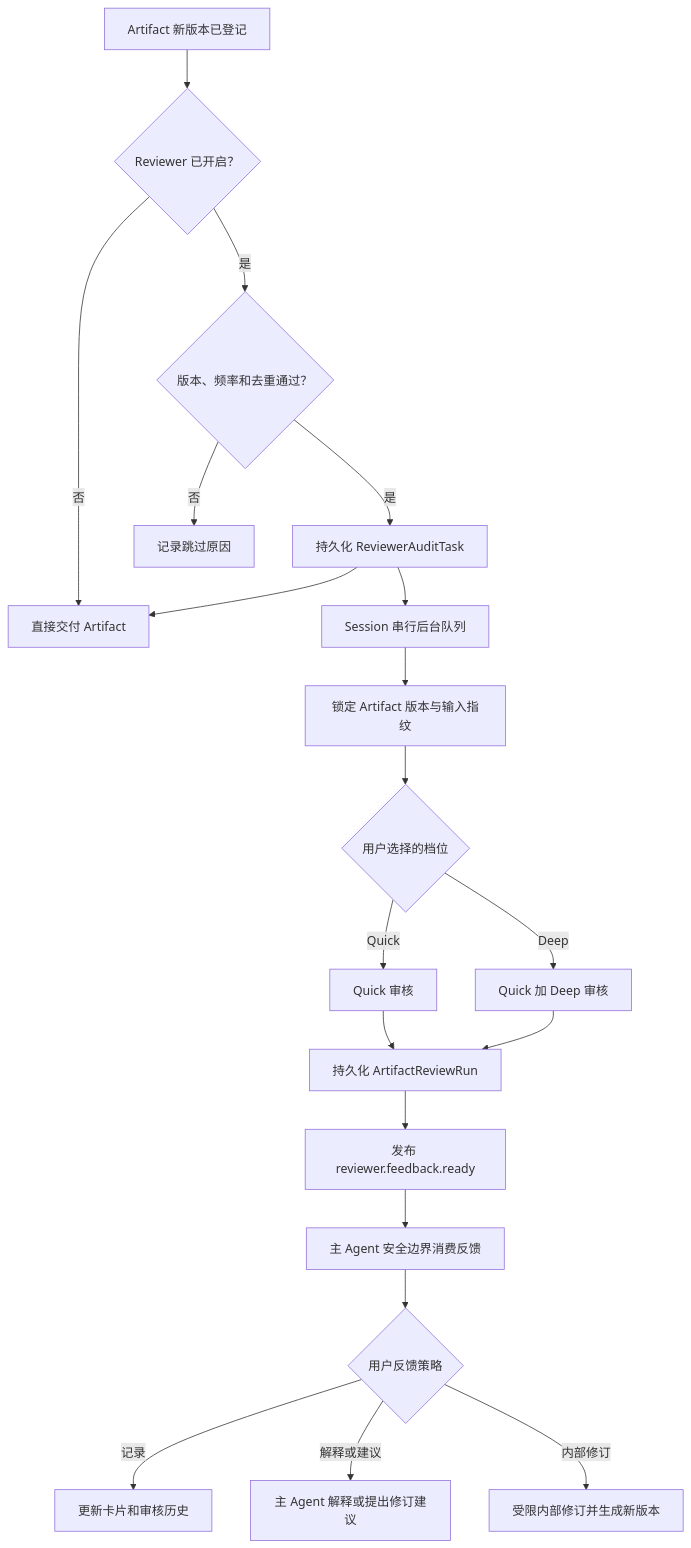
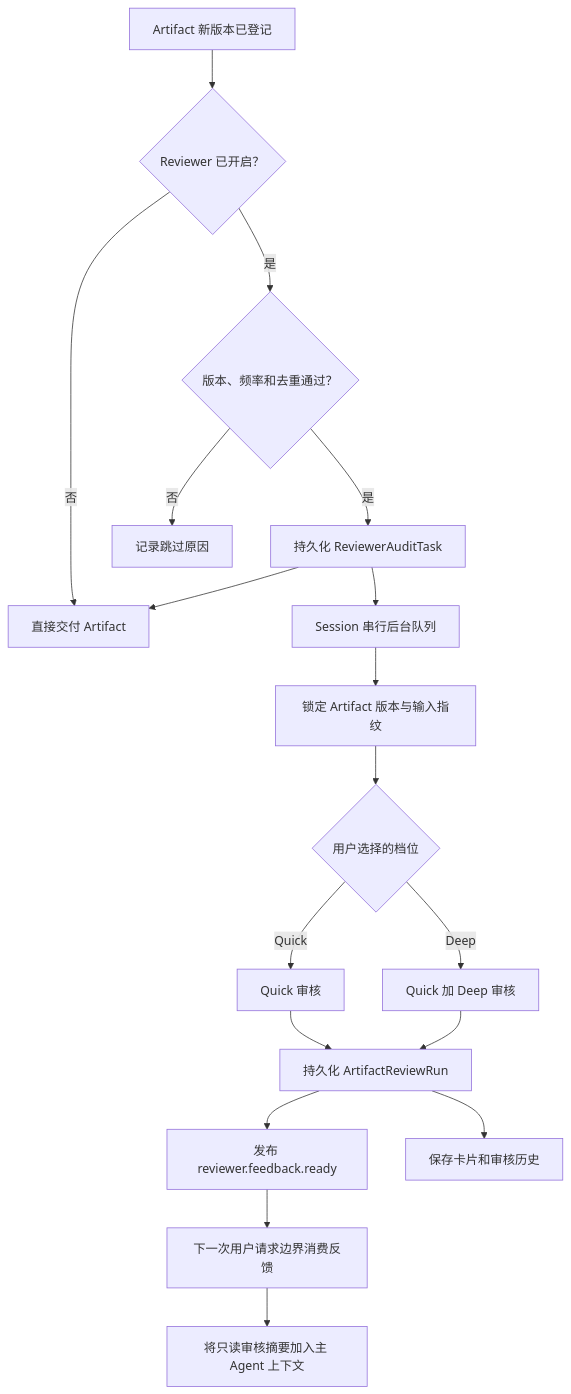
The diagram in 本地设计文档/Reviewer-Specialist-自动证据审计与反馈闭环设计.md (openJiuwen-ai/sciencediscovery), drawn with Mermaid before and after one commit. The commit also changed other lines of this file and 9 other files, not shown here.

````diff
--- a/本地设计文档/Reviewer-Specialist-自动证据审计与反馈闭环设计.md
+++ b/本地设计文档/Reviewer-Specialist-自动证据审计与反馈闭环设计.md
@@ -41,22 +41,20 @@
 ```mermaid
 flowchart TD
     artifactVersion["Artifact 新版本已登记"] --> policyGate{"Reviewer 已开启？"}
     policyGate -->|"否"| delivered["直接交付 Artifact"]
     policyGate -->|"是"| eligibility{"版本、频率和去重通过？"}
     eligibility -->|"否"| recorded["记录跳过原因"]
     eligibility -->|"是"| auditTask["持久化 ReviewerAuditTask"]
     auditTask --> delivered
     auditTask --> queue["Session 串行后台队列"]
     queue --> lockedArtifact["锁定 Artifact 版本与输入指纹"]
     lockedArtifact --> reviewLevel{"用户选择的档位"}
     reviewLevel -->|"Quick"| quickReview["Quick 审核"]
     reviewLevel -->|"Deep"| deepReview["Quick 加 Deep 审核"]
     quickReview --> reviewResult["持久化 ArtifactReviewRun"]
     deepReview --> reviewResult
     reviewResult --> feedbackEvent["发布 reviewer.feedback.ready"]
-    feedbackEvent --> safeBoundary["主 Agent 安全边界消费反馈"]
-    safeBoundary --> userPolicy{"用户反馈策略"}
-    userPolicy -->|"记录"| recordOnly["更新卡片和审核历史"]
-    userPolicy -->|"解释或建议"| agentAdvice["主 Agent 解释或提出修订建议"]
-    userPolicy -->|"内部修订"| boundedRepair["受限内部修订并生成新版本"]
+    feedbackEvent --> safeBoundary["下一次用户请求边界消费反馈"]
+    safeBoundary --> readOnly["将只读审核摘要加入主 Agent 上下文"]
+    reviewResult --> recordOnly["保存卡片和审核历史"]
 ```
````
